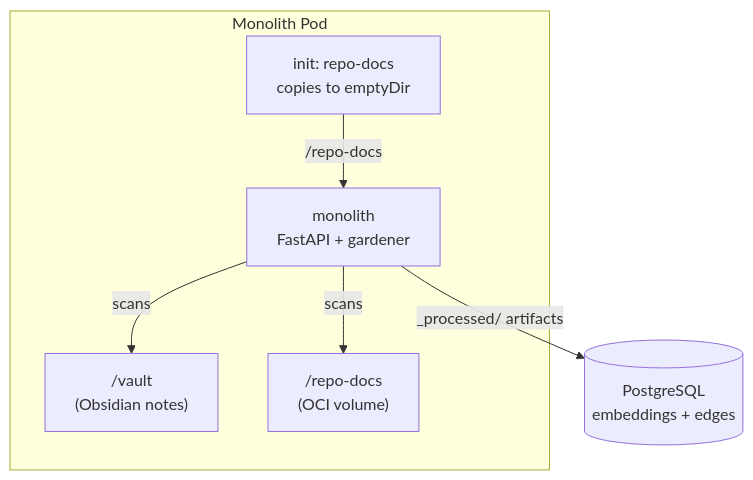
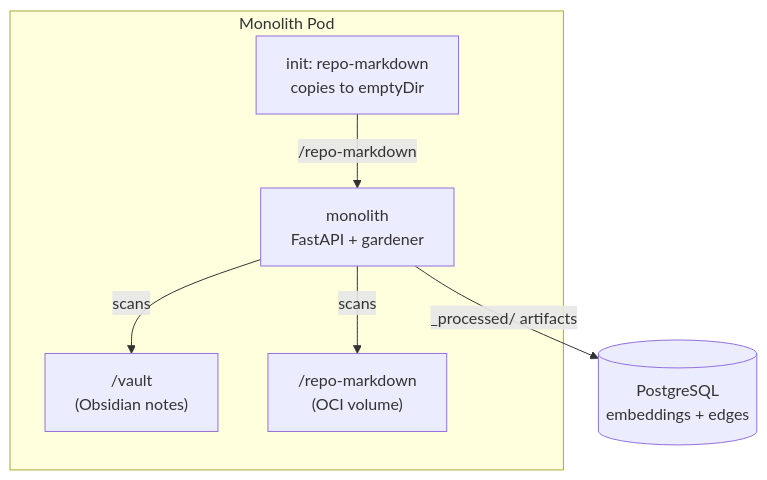
Before and after one commit to jomcgi/homelab: the second of 3 diagrams in docs/decisions/services/005-repo-docs-knowledge-sync.md, drawn with Mermaid. The commit also changed other lines of this file and 1 other file, not shown here.

Commit message:
docs(adr): broaden scope to all repo markdown via top-level filegroup

````diff
--- a/docs/decisions/services/005-repo-docs-knowledge-sync.md
+++ b/docs/decisions/services/005-repo-docs-knowledge-sync.md
@@ -73,10 +101,10 @@
 ```mermaid
 graph TB
     subgraph "Monolith Pod"
-        IC[init: repo-docs<br/>copies to emptyDir] -->|"/repo-docs"| MO[monolith<br/>FastAPI + gardener]
+        IC[init: repo-markdown<br/>copies to emptyDir] -->|"/repo-markdown"| MO[monolith<br/>FastAPI + gardener]
         MO -->|scans| VR["/vault<br/>(Obsidian notes)"]
-        MO -->|scans| RD["/repo-docs<br/>(OCI volume)"]
+        MO -->|scans| RD["/repo-markdown<br/>(OCI volume)"]
     end
 
     MO -->|"_processed/ artifacts"| PG[(PostgreSQL<br/>embeddings + edges)]
 ```
````
